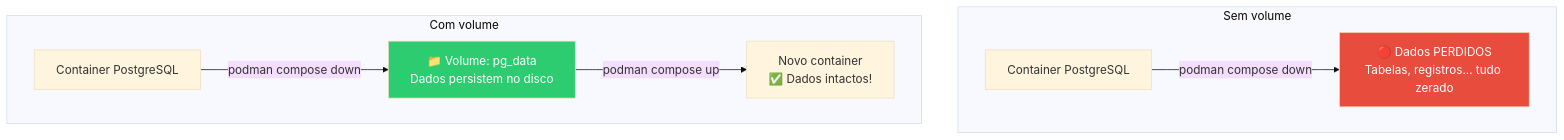
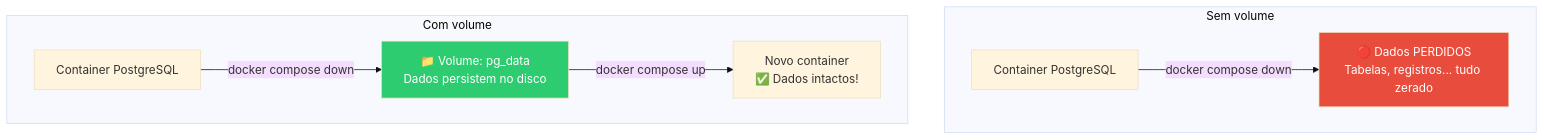
Before and after one commit to deusemarjunior/trein-java-intermed: the third of 4 diagrams in dia-07/slide-04.md, drawn with Mermaid (base theme). The commit also changed other lines of this file and 12 other files, not shown here.

First line of the commit message:
Refactor slides and configuration files to transition from Podman to Docker

````diff
--- a/dia-07/slide-04.md
+++ b/dia-07/slide-04.md
@@ -203,14 +203,14 @@
 ```mermaid
 graph TD
     subgraph "Sem volume"
-        C1["Container PostgreSQL"] -->|"podman compose down"| LOST["🔴 Dados PERDIDOS<br/>Tabelas, registros... tudo zerado"]
+        C1["Container PostgreSQL"] -->|"docker compose down"| LOST["🔴 Dados PERDIDOS<br/>Tabelas, registros... tudo zerado"]
     end
 
     subgraph "Com volume"
-        C2["Container PostgreSQL"] -->|"podman compose down"| V["📁 Volume: pg_data<br/>Dados persistem no disco"]
-        V -->|"podman compose up"| C3["Novo container<br/>✅ Dados intactos!"]
+        C2["Container PostgreSQL"] -->|"docker compose down"| V["📁 Volume: pg_data<br/>Dados persistem no disco"]
+        V -->|"docker compose up"| C3["Novo container<br/>✅ Dados intactos!"]
     end
 
     style LOST fill:#e74c3c,color:#fff
     style V fill:#2ecc71,color:#fff
 ```
````
